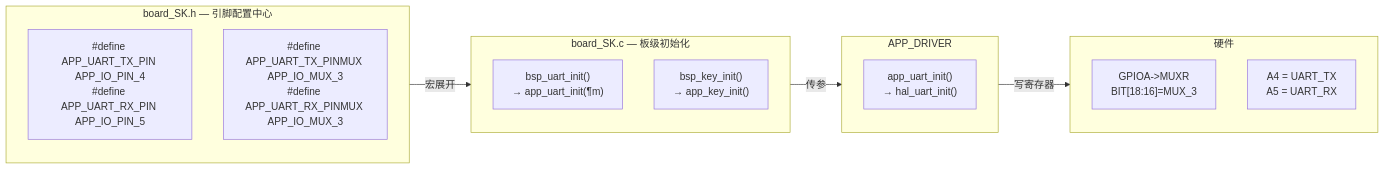
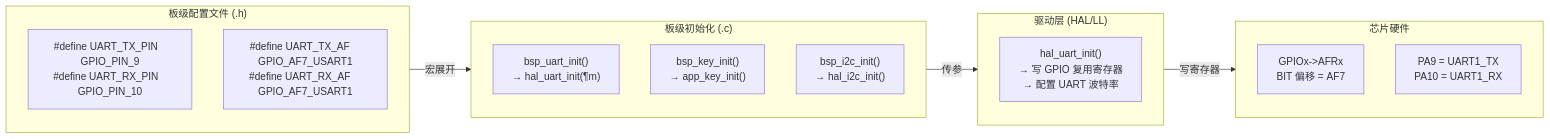
The third of 5 diagrams in 开发板/ARM架构/STM32F411CEU6/项目集成.md (shuai-yemao/Deep-In-Embedded), drawn with Mermaid before and after one commit. The commit also changed other lines of this file, not shown here.

````diff
--- a/开发板/ARM架构/STM32F411CEU6/项目集成.md
+++ b/开发板/ARM架构/STM32F411CEU6/项目集成.md
@@ -109,25 +115,26 @@
 ```mermaid
 graph LR
-    subgraph BOARD["board_SK.h — 引脚配置中心"]
-        PIN["#define APP_UART_TX_PIN APP_IO_PIN_4<br/>#define APP_UART_RX_PIN APP_IO_PIN_5"]
-        MUX["#define APP_UART_TX_PINMUX APP_IO_MUX_3<br/>#define APP_UART_RX_PINMUX APP_IO_MUX_3"]
+    subgraph BOARD["板级配置文件 (.h)"]
+        PIN["#define UART_TX_PIN   GPIO_PIN_9<br/>#define UART_RX_PIN   GPIO_PIN_10"]
+        MUX["#define UART_TX_AF    GPIO_AF7_USART1<br/>#define UART_RX_AF    GPIO_AF7_USART1"]
     end
 
-    subgraph INIT["board_SK.c — 板级初始化"]
-        BSP_UART["bsp_uart_init()<br/>→ app_uart_init(&param)"]
+    subgraph BSP_C["板级初始化 (.c)"]
+        BSP_UART["bsp_uart_init()<br/>→ hal_uart_init(&param)"]
         BSP_KEY["bsp_key_init()<br/>→ app_key_init()"]
+        BSP_I2C["bsp_i2c_init()<br/>→ hal_i2c_init()"]
     end
 
-    subgraph DRV["APP_DRIVER"]
-        APP_UART["app_uart_init()<br/>→ hal_uart_init()"]
+    subgraph DRV["驱动层 (HAL/LL)"]
+        HAL_UART["hal_uart_init()<br/>→ 写 GPIO 复用寄存器<br/>→ 配置 UART 波特率"]
     end
 
-    subgraph HW["硬件"]
-        REG["GPIOA->MUXR<br/>BIT[18:16]=MUX_3"]
-        PIN_MAP["A4 = UART_TX<br/>A5 = UART_RX"]
+    subgraph HW["芯片硬件"]
+        REG["GPIOx->AFRx<br/>BIT 偏移 = AF7"]
+        PIN_MAP["PA9 = UART1_TX<br/>PA10 = UART1_RX"]
     end
 
-    BOARD -->|"宏展开"| INIT
-    INIT -->|"传参"| DRV
+    BOARD -->|"宏展开"| BSP_C
+    BSP_C -->|"传参"| DRV
     DRV -->|"写寄存器"| HW
 ```
````
